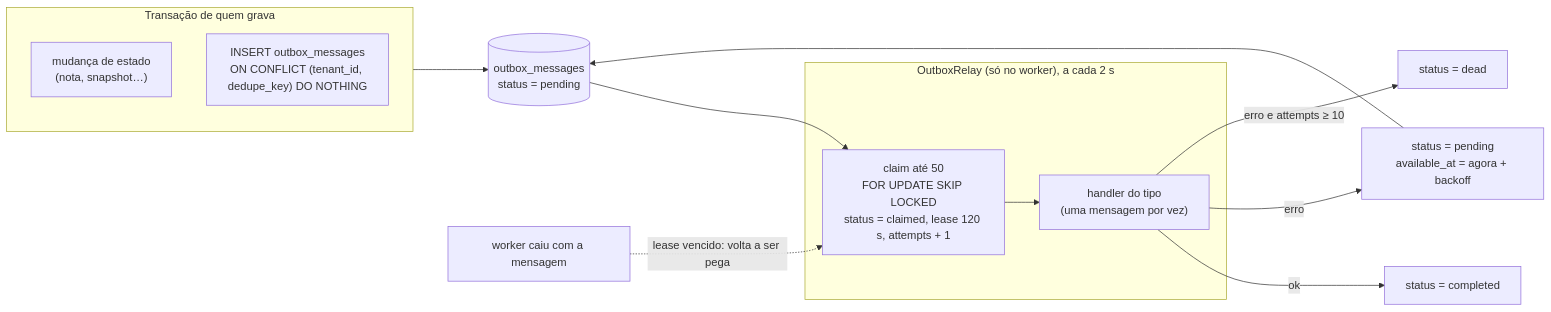
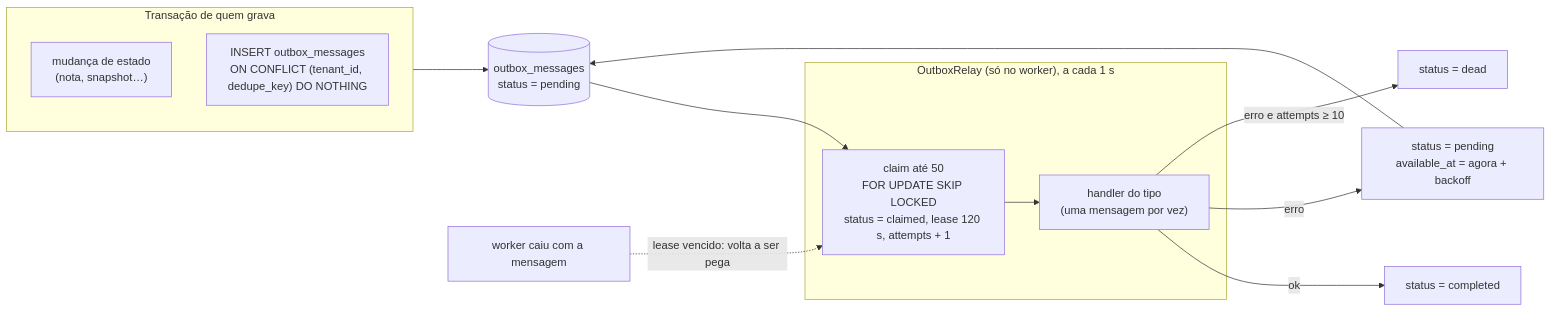
One commit to corvo-technology/corvo-nfse changed the third of 6 diagrams in docs/architecture.md. Above: the diagram before and after it, drawn with Mermaid. The commit also changed other lines of this file and 7 other files, not shown here.

Commit message:
feat(webhooks): webhook a cada 10 s e outbox a cada 1 s (#346)

````diff
--- a/docs/architecture.md
+++ b/docs/architecture.md
@@ -105,22 +105,22 @@
 ```mermaid
 flowchart LR
   subgraph tx["Transação de quem grava"]
     change["mudança de estado<br/>(nota, snapshot…)"]
     msg["INSERT outbox_messages<br/>ON CONFLICT (tenant_id, dedupe_key) DO NOTHING"]
   end
 
   tx --> pending[("outbox_messages<br/>status = pending")]
 
-  subgraph relay["OutboxRelay (só no worker), a cada 2 s"]
+  subgraph relay["OutboxRelay (só no worker), a cada 1 s"]
     claim["claim até 50<br/>FOR UPDATE SKIP LOCKED<br/>status = claimed, lease 120 s, attempts + 1"]
     handle["handler do tipo<br/>(uma mensagem por vez)"]
     claim --> handle
   end
 
   pending --> claim
   handle -->|"ok"| done["status = completed"]
   handle -->|"erro"| retry["status = pending<br/>available_at = agora + backoff"]
   handle -->|"erro e attempts ≥ 10"| dead["status = dead"]
   retry --> pending
   claimed_lost["worker caiu com a mensagem"] -.->|"lease vencido: volta a ser pega"| claim
 ```
````
